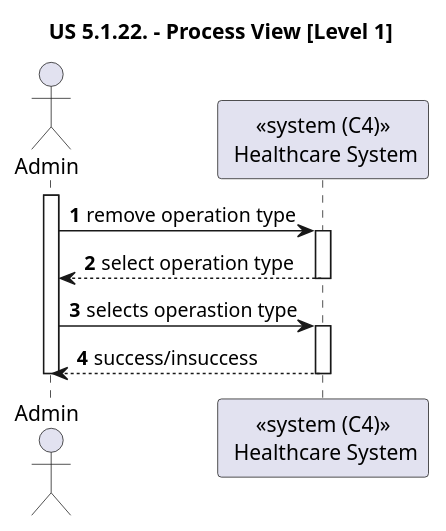
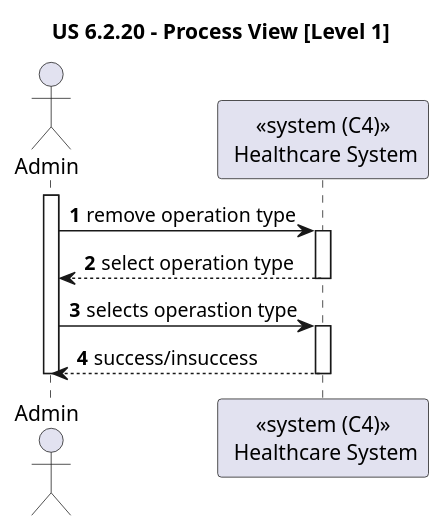
The diagram in docs/sprint-2/1220841/us-6.2.20/diagrams/level-1-process-view.puml (rita-barbosa/LAPR5-2425), drawn with PlantUML before and after one commit. The commit also changed 10 other files, not shown here.

Commit message:
DG38-442 | docs: corrects the titles of the process view diagrams.

```diff
--- a/docs/sprint-2/1220841/us-6.2.20/diagrams/level-1-process-view.puml
+++ b/docs/sprint-2/1220841/us-6.2.20/diagrams/level-1-process-view.puml
@@ -1,23 +1,23 @@
 @startuml
 
-title "US 5.1.22. - Process View [Level 1]"
+title "US 6.2.20 - Process View [Level 1]"
 
 autonumber
 
 actor Admin as ADM
 participant "<<system (C4)>>\n Healthcare System" as SYS
 
 activate ADM
 ADM -> SYS : remove operation type
 activate SYS
 
 SYS --> ADM : select operation type
 deactivate SYS
 
 ADM -> SYS: selects operastion type
 activate SYS
 
 SYS --> ADM : success/insuccess
 deactivate SYS
 deactivate ADM
 @enduml
```
